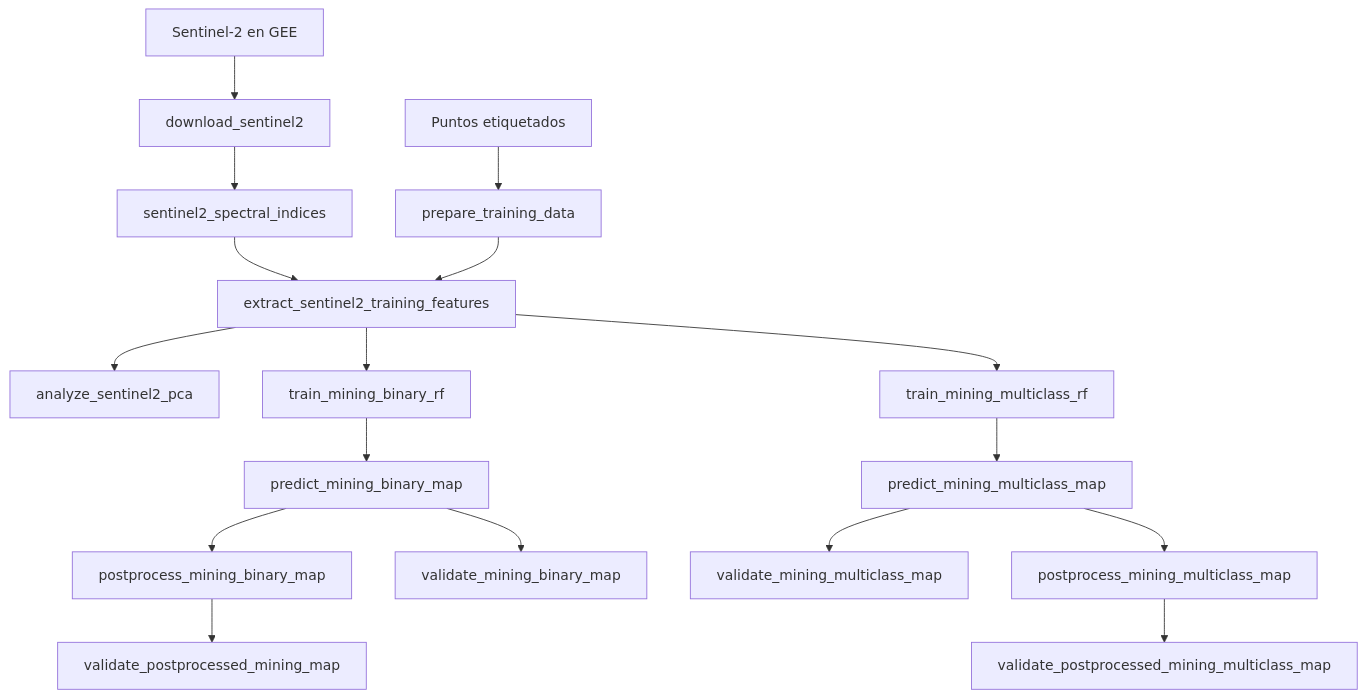
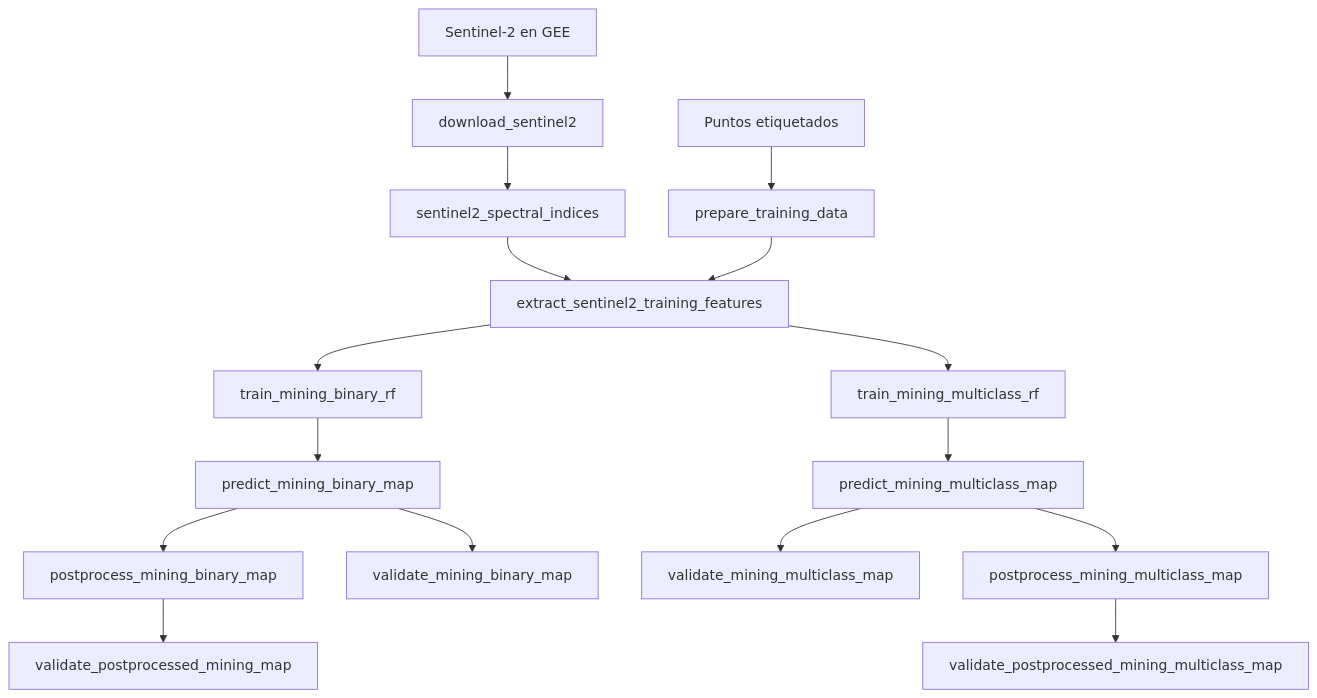
Before and after one commit to KevinReyes95-04/Proyecto_programacionSIG: the first of 15 diagrams in docs/proyecto_final.qmd, drawn with Mermaid. The commit also changed other lines of this file and 21 other files, not shown here.

````diff
--- a/docs/proyecto_final.qmd
+++ b/docs/proyecto_final.qmd
@@ -313,19 +312,18 @@
 ```{mermaid}
 flowchart TD
   A[Sentinel-2 en GEE] --> B[download_sentinel2]
   B --> C[sentinel2_spectral_indices]
   D[Puntos etiquetados] --> E[prepare_training_data]
   C --> F[extract_sentinel2_training_features]
   E --> F
-  F --> G[analyze_sentinel2_pca]
   F --> H[train_mining_binary_rf]
   H --> I[predict_mining_binary_map]
   I --> J[postprocess_mining_binary_map]
   I --> K[validate_mining_binary_map]
   J --> L[validate_postprocessed_mining_map]
   F --> M[train_mining_multiclass_rf]
   M --> N[predict_mining_multiclass_map]
   N --> O[validate_mining_multiclass_map]
   N --> P[postprocess_mining_multiclass_map]
   P --> Q[validate_postprocessed_mining_multiclass_map]
 ```
````
